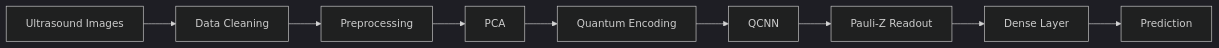
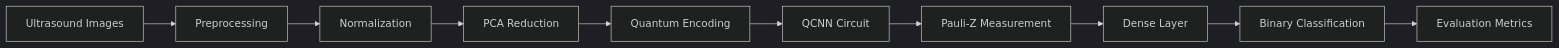
The diagram in README.md (jonathanahc/qcnn-pcos), drawn with Mermaid (dark theme) before and after one commit. The commit also changed other lines of this file, not shown here.

````diff
--- a/README.md
+++ b/README.md
@@ -35,11 +40,12 @@
 ```mermaid
 flowchart LR
-A[Ultrasound Images] --> B[Data Cleaning]
-B --> C[Preprocessing]
-C --> D[PCA]
+A[Ultrasound Images] --> B[Preprocessing]
+B --> C[Normalization]
+C --> D[PCA Reduction]
 D --> E[Quantum Encoding]
-E --> F[QCNN]
-F --> G[Pauli-Z Readout]
+E --> F[QCNN Circuit]
+F --> G[Pauli-Z Measurement]
 G --> H[Dense Layer]
-H --> I[Prediction]
+H --> I[Binary Classification]
+I --> J[Evaluation Metrics]
 ```
````
